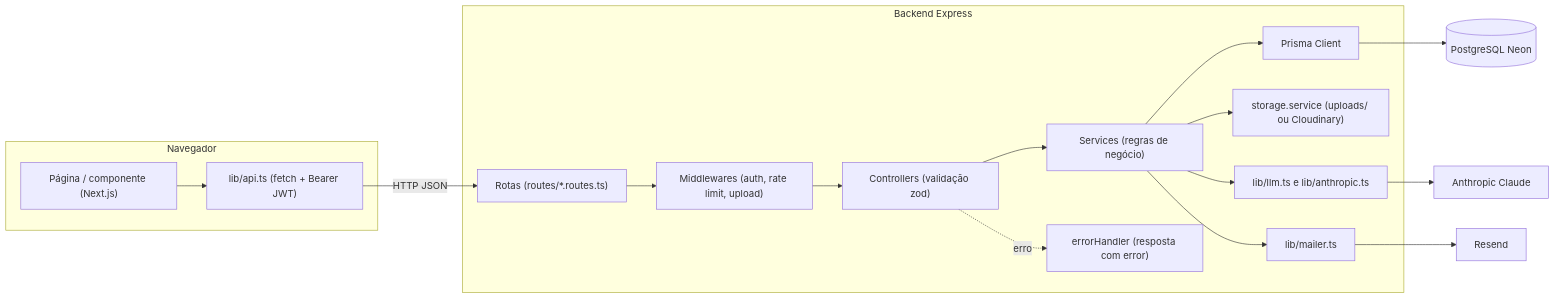
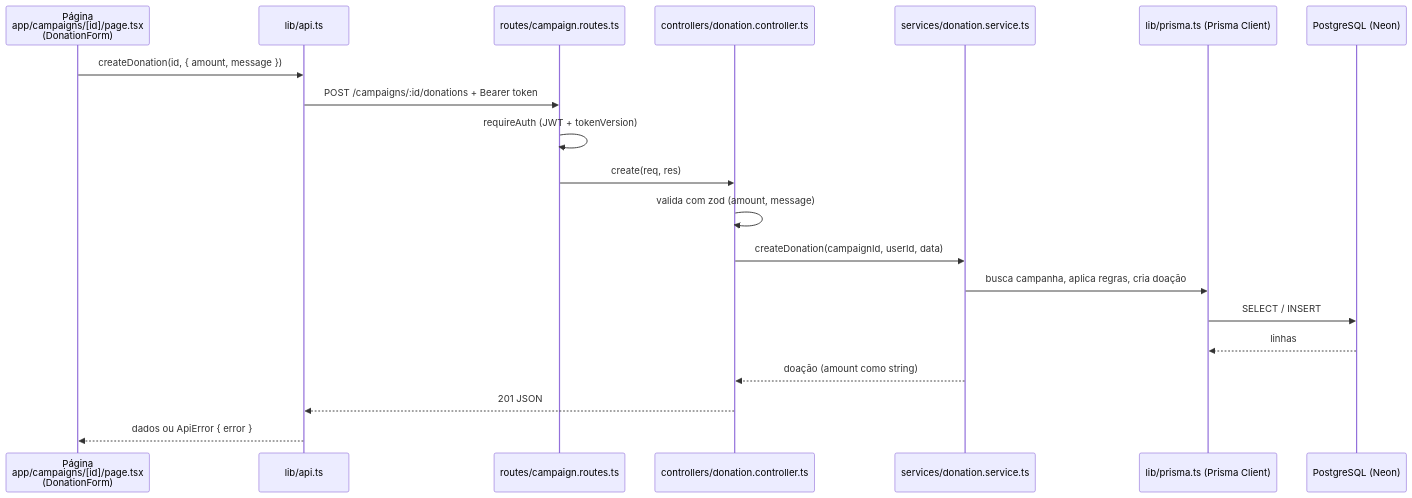
Before and after one commit to hugordm/projeto-estagio6na-plataforma-crowdfunding: the second of 3 diagrams in README.md, drawn with Mermaid. The commit also changed other lines of this file and 2 other files, not shown here.

Commit message:
docs: README completo com arquitetura, estrutura, decisões e deploy

````diff
--- a/README.md
+++ b/README.md
@@ -87,20 +119,22 @@
 ```mermaid
-flowchart LR
-  subgraph Navegador
-    P["Página / componente (Next.js)"] --> A["lib/api.ts (fetch + Bearer JWT)"]
-  end
-  A -->|HTTP JSON| R["Rotas (routes/*.routes.ts)"]
-  subgraph Backend["Backend Express"]
-    R --> M["Middlewares (auth, rate limit, upload)"]
-    M --> C["Controllers (validação zod)"]
-    C --> S["Services (regras de negócio)"]
-    S --> PR["Prisma Client"]
-    S --> FS["storage.service (uploads/ ou Cloudinary)"]
-    S --> L["lib/llm.ts e lib/anthropic.ts"]
-    S --> MA["lib/mailer.ts"]
-    C -. erro .-> E["errorHandler (resposta com error)"]
-  end
-  PR --> DB[("PostgreSQL Neon")]
-  L --> AN["Anthropic Claude"]
-  MA --> RE["Resend"]
+sequenceDiagram
+    participant P as Página<br/>app/campaigns/[id]/page.tsx<br/>(DonationForm)
+    participant L as lib/api.ts
+    participant RT as routes/campaign.routes.ts
+    participant C as controllers/donation.controller.ts
+    participant S as services/donation.service.ts
+    participant PR as lib/prisma.ts (Prisma Client)
+    participant DB as PostgreSQL (Neon)
+    P->>L: createDonation(id, { amount, message })
+    L->>RT: POST /campaigns/:id/donations + Bearer token
+    RT->>RT: requireAuth (JWT + tokenVersion)
+    RT->>C: create(req, res)
+    C->>C: valida com zod (amount, message)
+    C->>S: createDonation(campaignId, userId, data)
+    S->>PR: busca campanha, aplica regras, cria doação
+    PR->>DB: SELECT / INSERT
+    DB-->>PR: linhas
+    S-->>C: doação (amount como string)
+    C-->>L: 201 JSON
+    L-->>P: dados ou ApiError { error }
 ```
````
